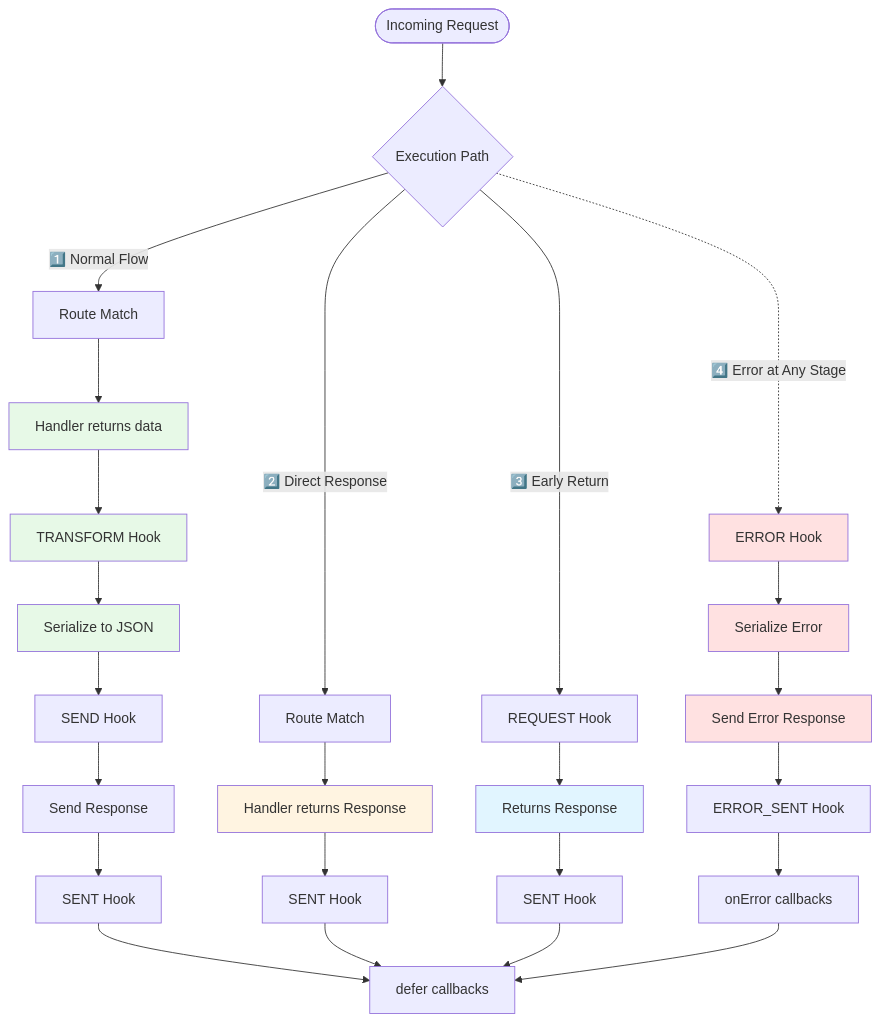
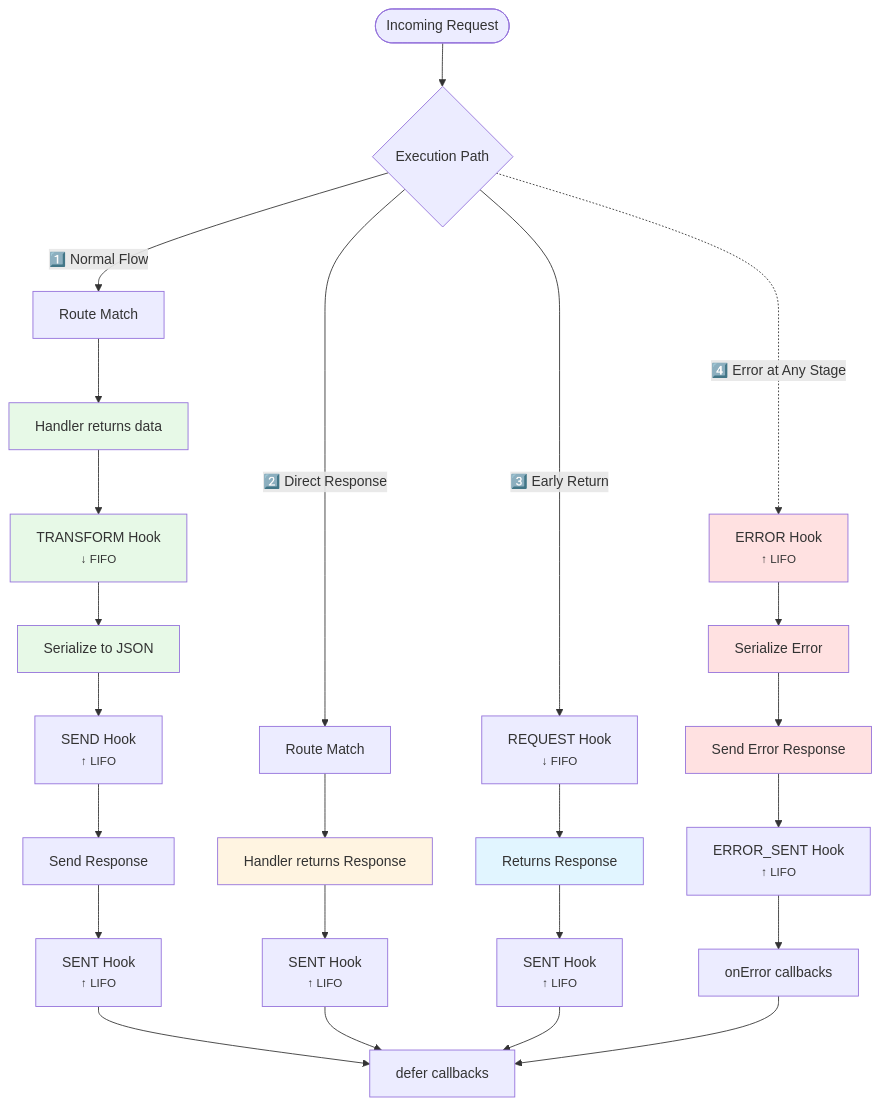
The diagram in docs/core-concepts/diagrams/flow-execution-paths.md (minima-js/minimajs), drawn with Mermaid before and after one commit. The commit also changed 16 other files, not shown here.

````diff
--- a/docs/core-concepts/diagrams/flow-execution-paths.md
+++ b/docs/core-concepts/diagrams/flow-execution-paths.md
@@ -1,36 +1,36 @@
 ```mermaid
 graph TD
     Start([Incoming Request]) --> Choice{Execution Path}
 
     Choice -->|1️⃣ Normal Flow| N1[Route Match]
     N1 --> N2[Handler returns data]
-    N2 --> N3[TRANSFORM Hook]
+    N2 --> N3["TRANSFORM Hook<br/><small>↓ FIFO</small>"]
     N3 --> N4[Serialize to JSON]
-    N4 --> N5[SEND Hook]
+    N4 --> N5["SEND Hook<br/><small>↑ LIFO</small>"]
     N5 --> N6[Send Response]
-    N6 --> N7[SENT Hook]
+    N6 --> N7["SENT Hook<br/><small>↑ LIFO</small>"]
     N7 --> N8[defer callbacks]
 
     Choice -->|2️⃣ Direct Response| D1[Route Match]
     D1 --> D2[Handler returns Response]
-    D2 --> D5[SENT Hook] --> N8
+    D2 --> D5["SENT Hook<br/><small>↑ LIFO</small>"] --> N8
 
-    Choice -->|3️⃣ Early Return| E1[REQUEST Hook]
+    Choice -->|3️⃣ Early Return| E1["REQUEST Hook<br/><small>↓ FIFO</small>"]
     E1 --> E2[Returns Response]
-    E2 --> E5[SENT Hook] --> N8
+    E2 --> E5["SENT Hook<br/><small>↑ LIFO</small>"] --> N8
 
-    Choice -.->|4️⃣ Error at Any Stage| R1[ERROR Hook]
+    Choice -.->|4️⃣ Error at Any Stage| R1["ERROR Hook<br/><small>↑ LIFO</small>"]
     R1 --> R2[Serialize Error]
     R2 --> R3[Send Error Response]
-    R3 --> R4[ERROR_SENT Hook]
+    R3 --> R4["ERROR_SENT Hook<br/><small>↑ LIFO</small>"]
     R4 --> R5[onError callbacks] --> N8
 
     style N2 fill:#e7f9e7
     style N3 fill:#e7f9e7
     style N4 fill:#e7f9e7
     style D2 fill:#fff4e1
     style E2 fill:#e1f5ff
     style R1 fill:#ffe1e1
     style R2 fill:#ffe1e1
     style R3 fill:#ffe1e1
 ```
````
